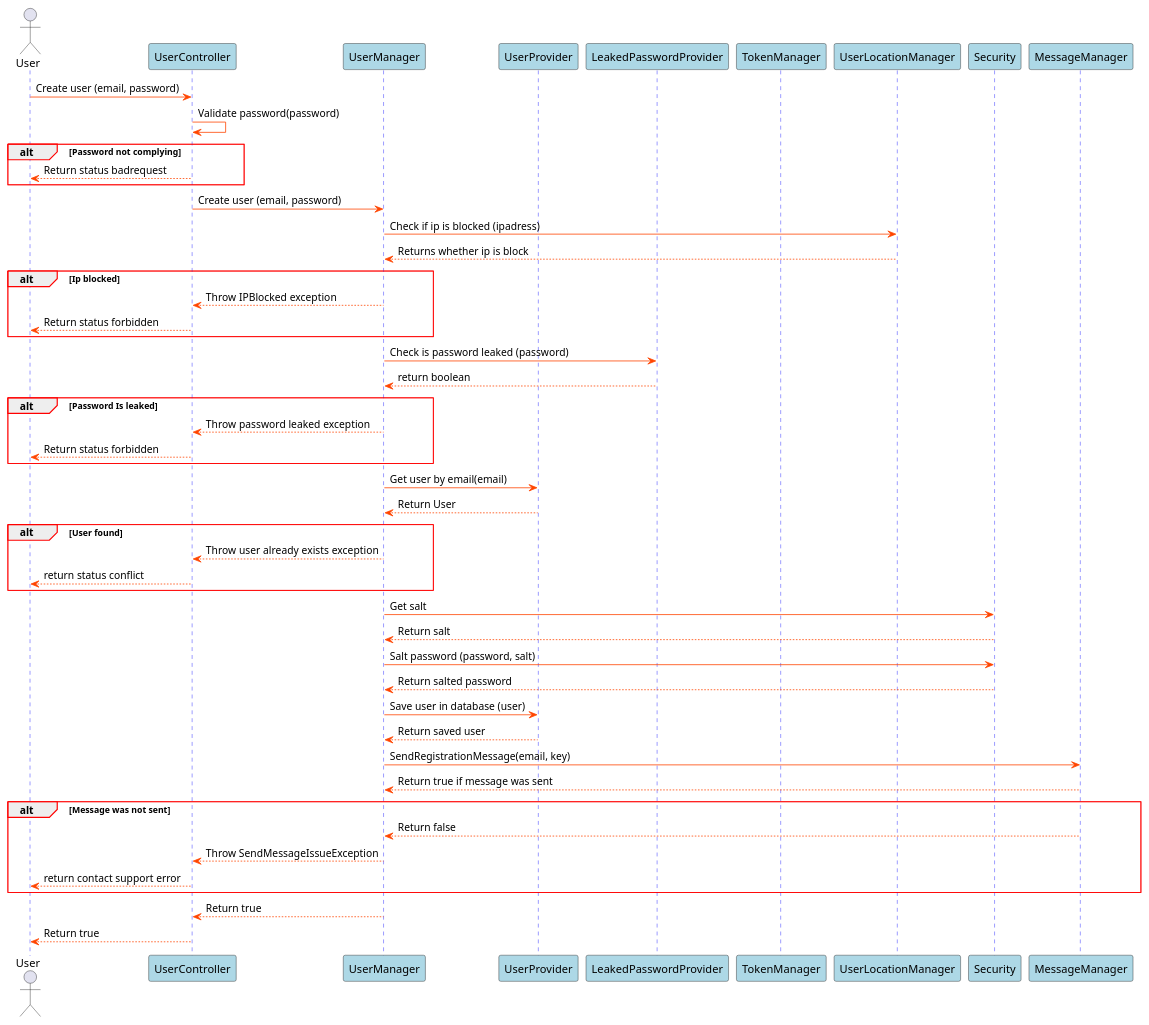
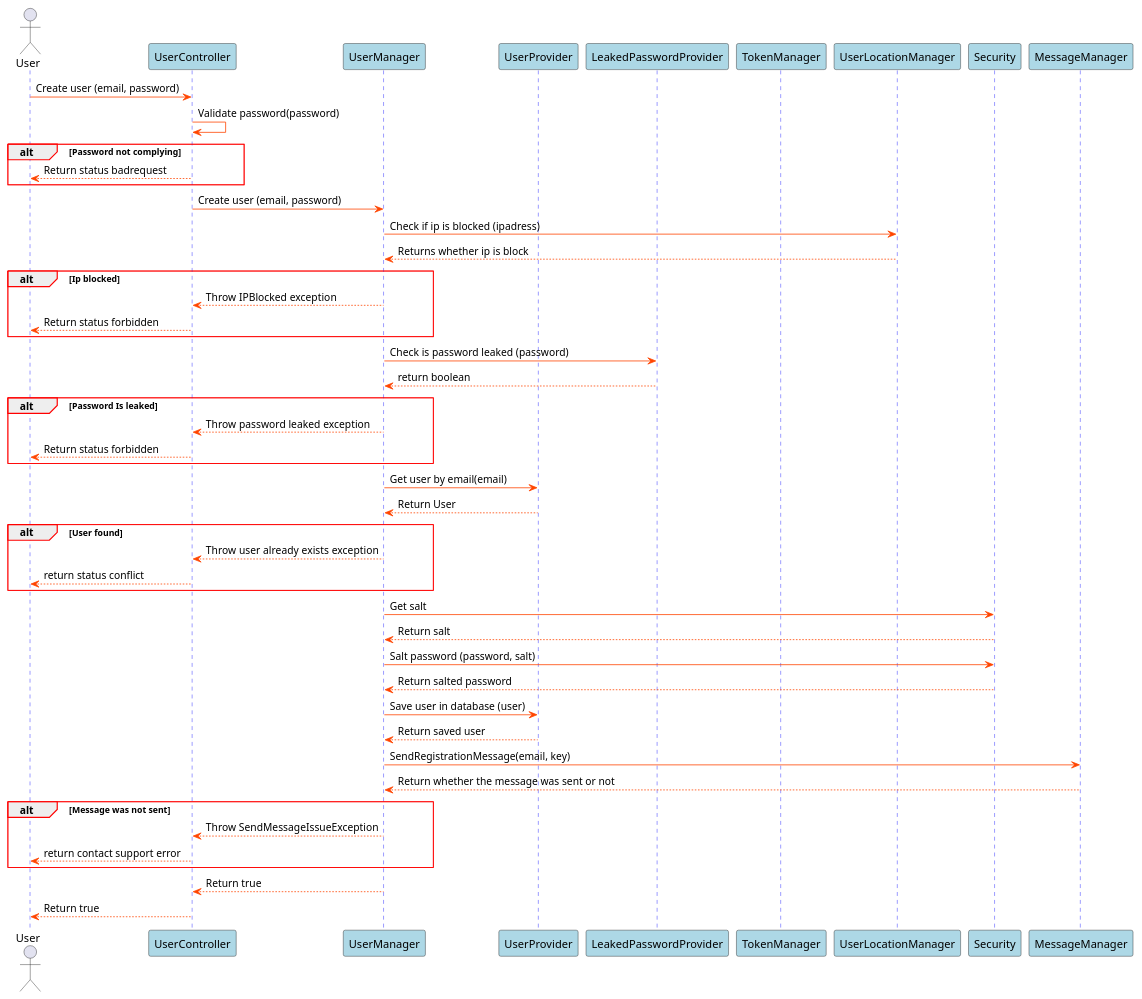
One commit to blackout1471/trust-us-school changed the diagram in Docs/SDDiagrams/CreateUserSD.plantuml. Above: the diagram before and after it, drawn with PlantUML. The commit also changed 3 other files, not shown here.

```diff
--- a/Docs/SDDiagrams/CreateUserSD.plantuml
+++ b/Docs/SDDiagrams/CreateUserSD.plantuml
@@ -1,82 +1,81 @@
 @startuml Create User SD
 
 skinparam sequence {
     GroupBorderColor red
     GroupBorderThickness 1
 
     ArrowColor orangered
 
     LifeLineBorderColor blue
 
     ParticipantBackgroundColor lightblue
 }
 
 actor User
 participant UserController
 participant UserManager
 participant UserProvider
 participant LeakedPasswordProvider
 participant TokenManager
 participant UserLocationManager
 participant Security
 participant MessageManager
 
 
 
 User->UserController: Create user (email, password)
 UserController->UserController: Validate password(password)
 
 alt Password not complying
 UserController-->User: Return status badrequest
 end
 
 UserController->UserManager: Create user (email, password)
 UserManager->UserLocationManager: Check if ip is blocked (ipadress)
 UserLocationManager-->UserManager: Returns whether ip is block
 
 alt Ip blocked
 UserManager-->UserController: Throw IPBlocked exception
 UserController-->User: Return status forbidden
 end
 
 
 UserManager->LeakedPasswordProvider: Check is password leaked (password)
 LeakedPasswordProvider-->UserManager: return boolean
 
 alt Password Is leaked
 UserManager-->UserController: Throw password leaked exception
 UserController-->User: Return status forbidden
 end
 
 UserManager->UserProvider: Get user by email(email)
 UserProvider-->UserManager: Return User
 
 alt User found
 
 UserManager-->UserController: Throw user already exists exception
 UserController-->User: return status conflict
 
 end
 
 
 UserManager->Security: Get salt
 Security-->UserManager: Return salt
 
 UserManager->Security: Salt password (password, salt)
 Security-->UserManager: Return salted password
 
 UserManager->UserProvider: Save user in database (user)
 UserProvider-->UserManager: Return saved user
 
 UserManager->MessageManager: SendRegistrationMessage(email, key)
-MessageManager-->UserManager: Return true if message was sent
+MessageManager-->UserManager: Return whether the message was sent or not
 alt Message was not sent
-MessageManager-->UserManager: Return false
 UserManager --> UserController: Throw SendMessageIssueException
 UserController --> User: return contact support error
 
 end
 UserManager-->UserController: Return true
 UserController-->User: Return true
 
 @enduml
```
